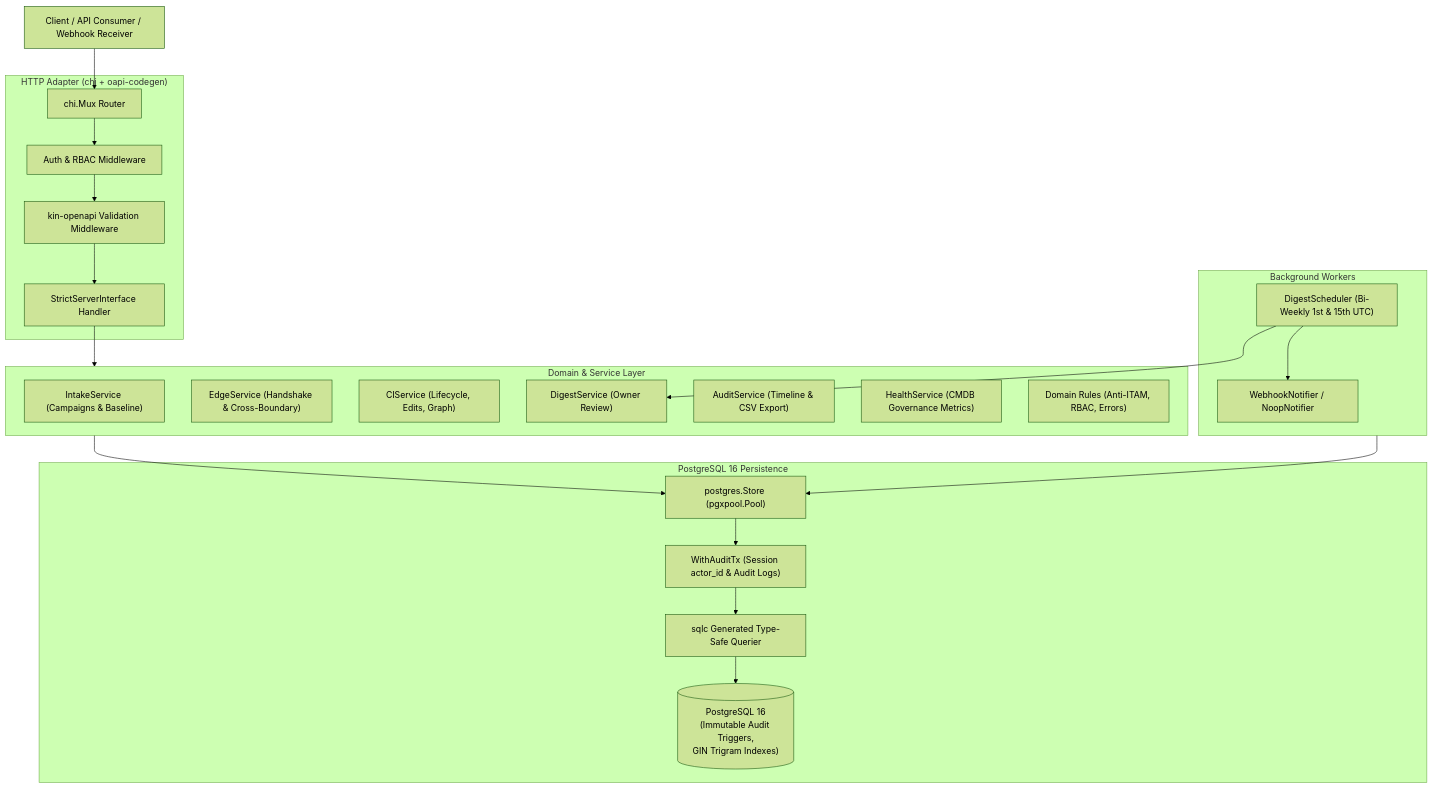
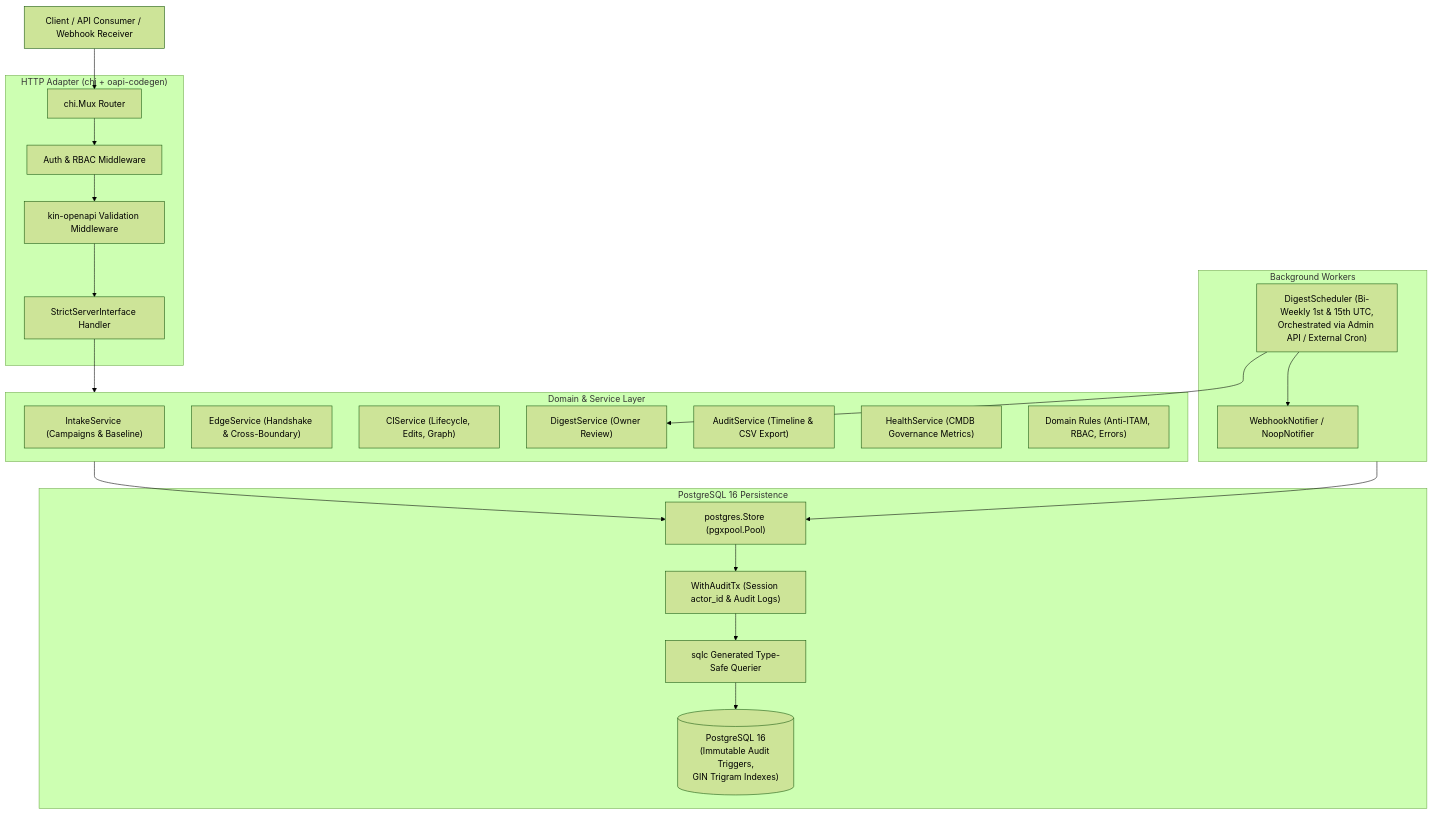
Before and after one commit to NahomAnteneh/etcms: the diagram in docs/architecture.md, drawn with Mermaid (forest theme). The commit also changed other lines of this file and 72 other files, not shown here.

````diff
--- a/docs/architecture.md
+++ b/docs/architecture.md
@@ -9,42 +9,42 @@
 ```mermaid
 flowchart TD
     Client["Client / API Consumer / Webhook Receiver"]
     
     subgraph HTTP_Adapter ["HTTP Adapter (chi + oapi-codegen)"]
         Router["chi.Mux Router"]
         AuthMW["Auth & RBAC Middleware"]
         ValMW["kin-openapi Validation Middleware"]
         StrictHandler["StrictServerInterface Handler"]
     end
     
     subgraph Domain_Services ["Domain & Service Layer"]
         IntakeSvc["IntakeService (Campaigns & Baseline)"]
         EdgeSvc["EdgeService (Handshake & Cross-Boundary)"]
         CISvc["CIService (Lifecycle, Edits, Graph)"]
         DigestSvc["DigestService (Owner Review)"]
         AuditSvc["AuditService (Timeline & CSV Export)"]
         HealthSvc["HealthService (CMDB Governance Metrics)"]
         DomainModels["Domain Rules (Anti-ITAM, RBAC, Errors)"]
     end
     
     subgraph Worker_Layer ["Background Workers"]
-        DigestWorker["DigestScheduler (Bi-Weekly 1st & 15th UTC)"]
+        DigestWorker["DigestScheduler (Bi-Weekly 1st & 15th UTC,\nOrchestrated via Admin API / External Cron)"]
         Notifier["WebhookNotifier / NoopNotifier"]
     end
 
     subgraph Postgres_Adapter ["PostgreSQL 16 Persistence"]
         Store["postgres.Store (pgxpool.Pool)"]
         AuditTx["WithAuditTx (Session actor_id & Audit Logs)"]
         SQLC["sqlc Generated Type-Safe Querier"]
         PostgresDB[("PostgreSQL 16\n(Immutable Audit Triggers,\nGIN Trigram Indexes)")]
     end
 
     Client --> Router
     Router --> AuthMW --> ValMW --> StrictHandler
     StrictHandler --> Domain_Services
     DigestWorker --> DigestSvc
     DigestWorker --> Notifier
     Domain_Services --> Store
     Store --> AuditTx --> SQLC --> PostgresDB
     Worker_Layer --> Store
 ```
````
